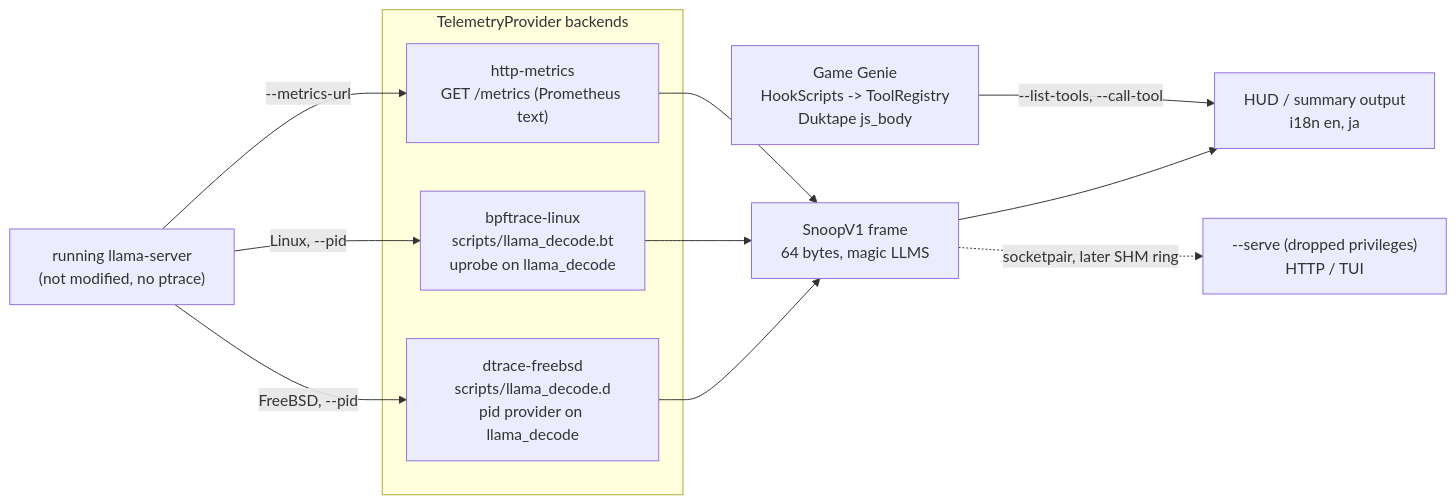
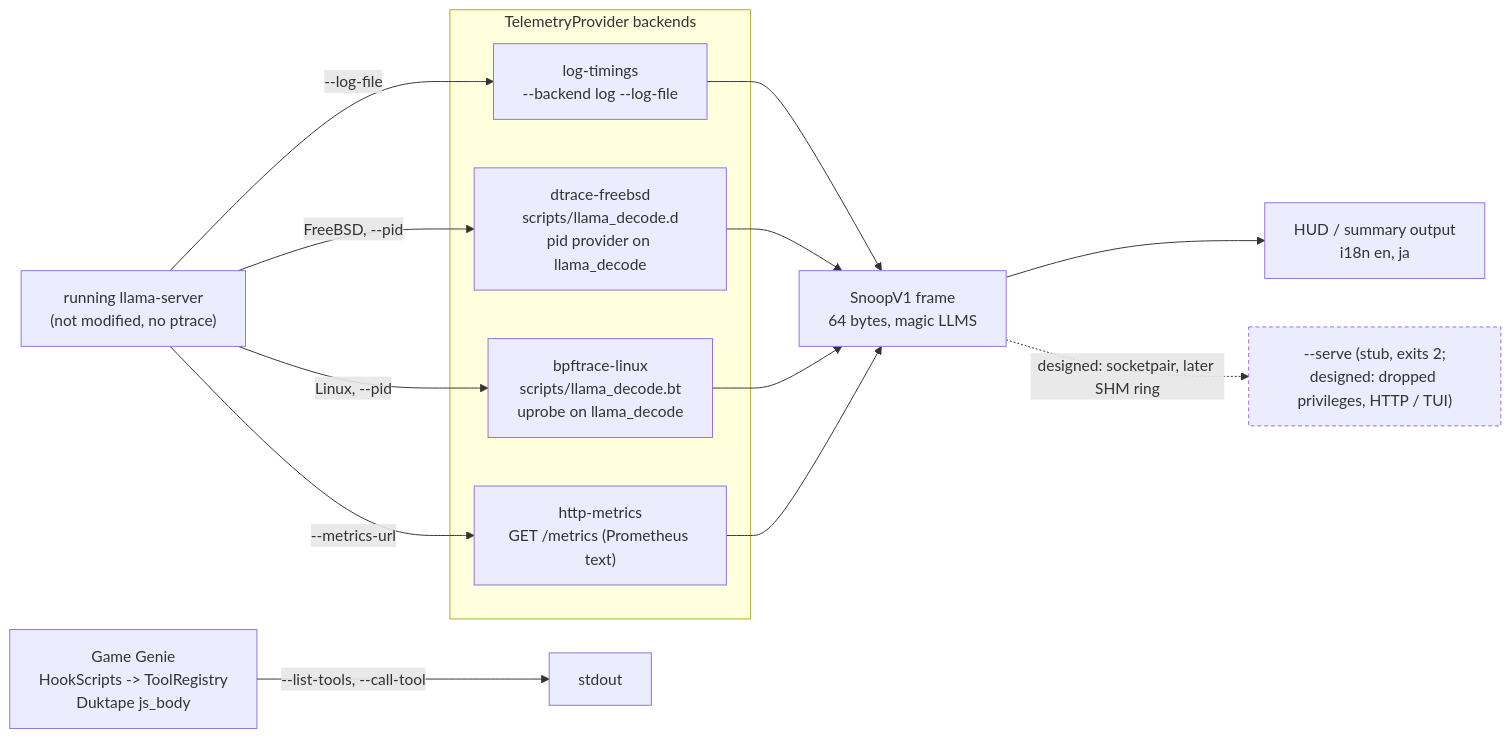
The first of 6 diagrams in README.md (brianreborn/llama.SPY), drawn with Mermaid before and after one commit. The commit also changed other lines of this file, not shown here.

First line of the commit message:
docs(README): match provider lifecycle diagram to the code

````diff
--- a/README.md
+++ b/README.md
@@ -140,23 +140,29 @@
 ```mermaid
 flowchart LR
   target["running llama-server<br/>(not modified, no ptrace)"]
   subgraph backends["TelemetryProvider backends"]
     dtrace["dtrace-freebsd<br/>scripts/llama_decode.d<br/>pid provider on llama_decode"]
     bpf["bpftrace-linux<br/>scripts/llama_decode.bt<br/>uprobe on llama_decode"]
     http["http-metrics<br/>GET /metrics (Prometheus text)"]
+    logp["log-timings<br/>--backend log --log-file"]
   end
   frame["SnoopV1 frame<br/>64 bytes, magic LLMS"]
   hud["HUD / summary output<br/>i18n en, ja"]
   gg["Game Genie<br/>HookScripts -> ToolRegistry<br/>Duktape js_body"]
-  serve["--serve (dropped privileges)<br/>HTTP / TUI"]
+  stdout["stdout"]
+  serve["--serve (stub, exits 2;<br/>designed: dropped privileges, HTTP / TUI)"]
 
   target -->|FreeBSD, --pid| dtrace
   target -->|Linux, --pid| bpf
   target -->|--metrics-url| http
+  target -->|--log-file| logp
+  logp --> frame
   dtrace --> frame
   bpf --> frame
   http --> frame
   frame --> hud
-  gg -->|--list-tools, --call-tool| hud
-  frame -.->|"socketpair, later SHM ring"| serve
+  gg -->|--list-tools, --call-tool| stdout
+  frame -.->|"designed: socketpair, later SHM ring"| serve
+  classDef planned stroke-dasharray: 4 3
+  class serve planned
 ```
````
